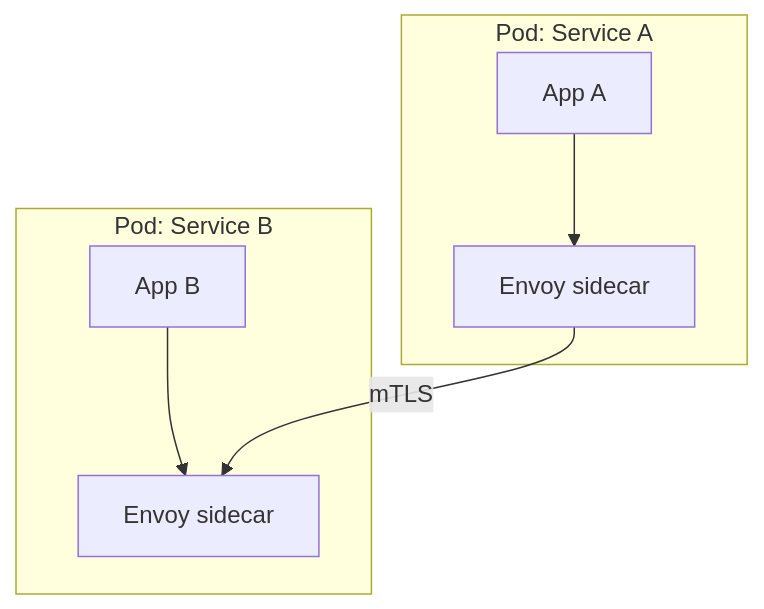
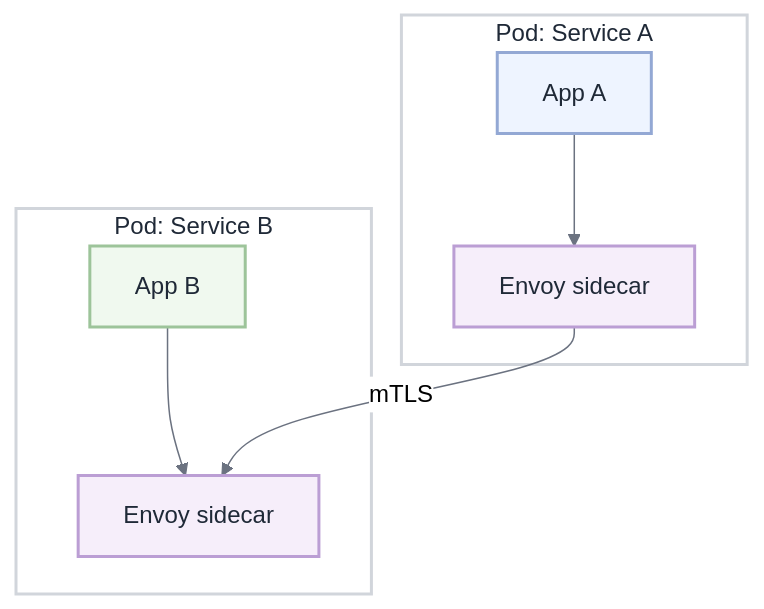
Before and after one commit to MishaSytch/middle_java_back: the sixth of 7 diagrams in docs/interview/cicd.md, drawn with Mermaid. The commit also changed other lines of this file and 15 other files, not shown here.

````diff
--- a/docs/interview/cicd.md
+++ b/docs/interview/cicd.md
@@ -909,14 +958,25 @@
 ```mermaid
+%%{init: { 'theme': 'neutral', 'themeVariables': { 'primaryColor': '#ffffff', 'primaryTextColor': '#1f2937', 'lineColor': '#6b7280', 'primaryBorderColor': '#d1d5db', 'secondaryColor': '#f3f4f6', 'tertiaryColor': '#e5e7eb' } } }%%
 flowchart TB
     subgraph Pod1[Pod: Service A]
         A[App A]
         ProxyA[Envoy sidecar]
         A --> ProxyA
     end
     subgraph Pod2[Pod: Service B]
         B[App B]
         ProxyB[Envoy sidecar]
         B --> ProxyB
     end
     ProxyA -->|mTLS| ProxyB
+    classDef n0 fill:#eef4ff,stroke:#93a8d4,stroke-width:2px,color:#1f2937
+    classDef n1 fill:#f0f9ef,stroke:#9dc49a,stroke-width:2px,color:#1f2937
+    classDef n2 fill:#ffffff,stroke:#d1d5db,stroke-width:2px,color:#1f2937
+    classDef n3 fill:#f6eefa,stroke:#bb9ed4,stroke-width:2px,color:#1f2937
+    class A n0
+    class B n1
+    class Pod1 n2
+    class Pod2 n2
+    class ProxyA n3
+    class ProxyB n3
 ```
````
